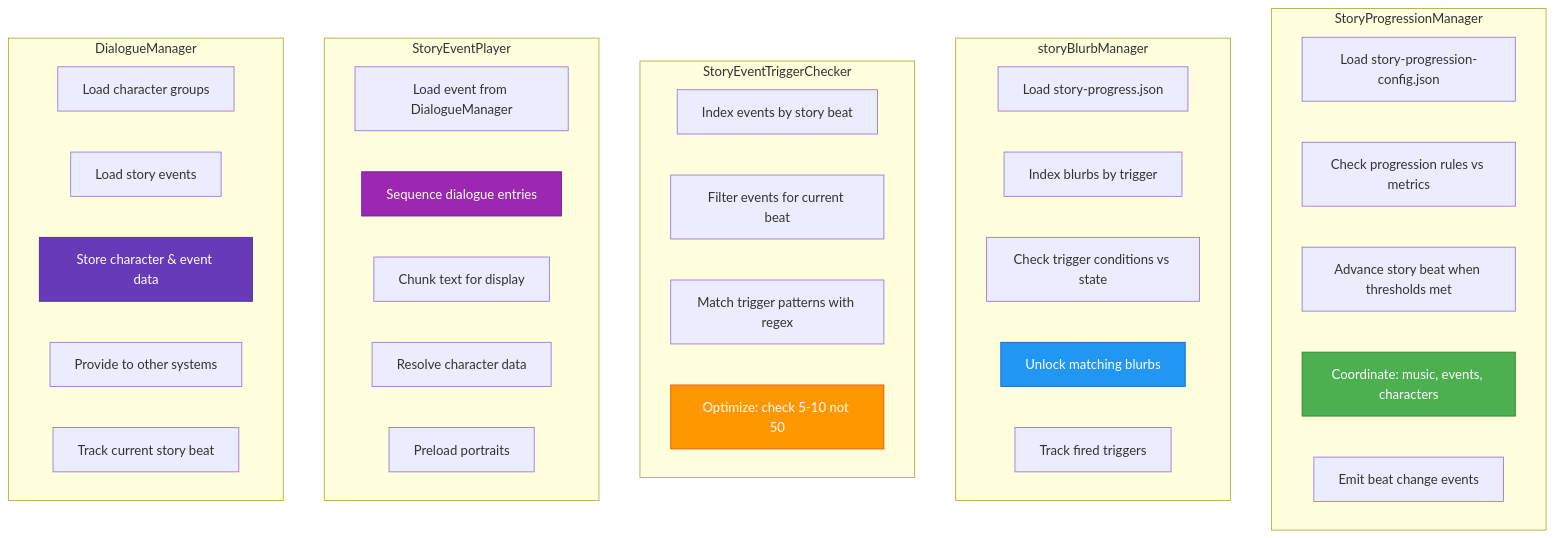
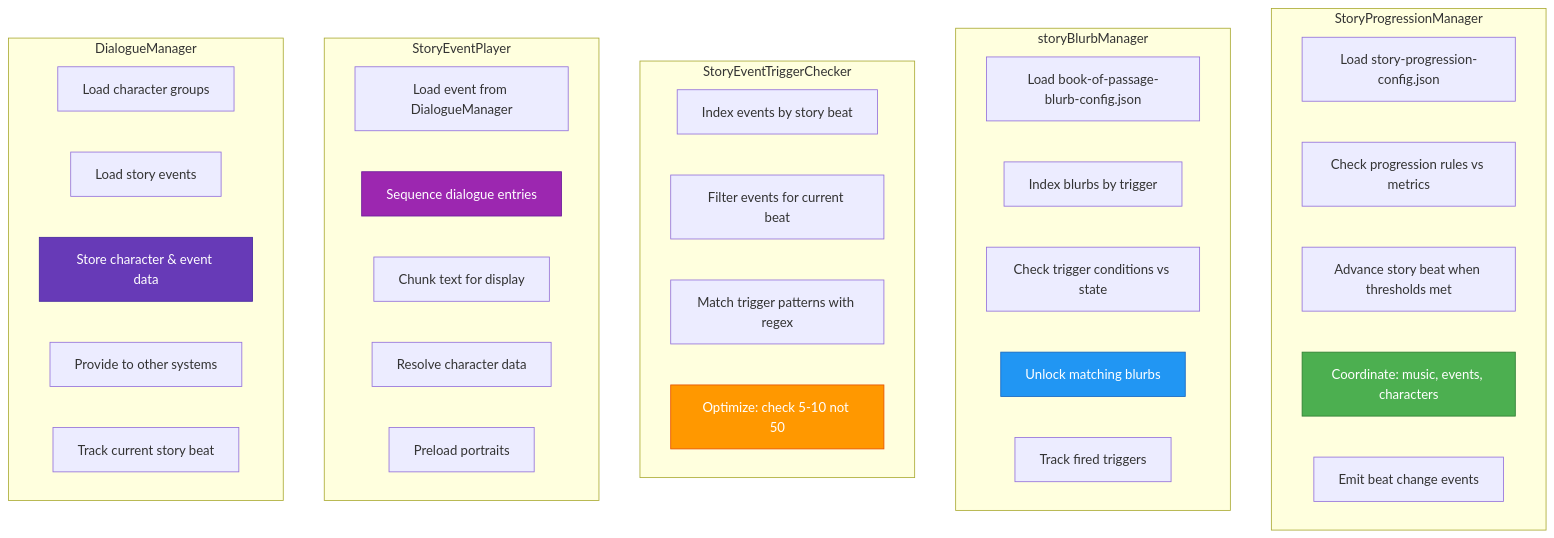
Diagram 15 of 15 in docs/diagrams/story-progression-system.md (SheDreamsWithAIs/Chronicles-of-the-kethaneum), drawn with Mermaid before and after one commit. The commit also changed other lines of this file and 2 other files, not shown here.

First line of the commit message:
Update remaining documentation references to new config structure

````diff
--- a/docs/diagrams/story-progression-system.md
+++ b/docs/diagrams/story-progression-system.md
@@ -886,47 +886,47 @@
 ```mermaid
 graph TB
     subgraph "StoryProgressionManager"
         SPM_Load[Load story-progression-config.json]
         SPM_Check[Check progression rules vs metrics]
         SPM_Advance[Advance story beat when thresholds met]
         SPM_Coord[Coordinate: music, events, characters]
         SPM_Emit[Emit beat change events]
     end
 
     subgraph "storyBlurbManager"
-        SBM_Load[Load story-progress.json]
+        SBM_Load[Load book-of-passage-blurb-config.json]
         SBM_Index[Index blurbs by trigger]
         SBM_Check[Check trigger conditions vs state]
         SBM_Unlock[Unlock matching blurbs]
         SBM_Track[Track fired triggers]
     end
 
     subgraph "StoryEventTriggerChecker"
         SETC_Index[Index events by story beat]
         SETC_Filter[Filter events for current beat]
         SETC_Match[Match trigger patterns with regex]
         SETC_Optimize[Optimize: check 5-10 not 50]
     end
 
     subgraph "StoryEventPlayer"
         SEP_Load[Load event from DialogueManager]
         SEP_Seq[Sequence dialogue entries]
         SEP_Chunk[Chunk text for display]
         SEP_Resolve[Resolve character data]
         SEP_Preload[Preload portraits]
     end
 
     subgraph "DialogueManager"
         DM_LoadChars[Load character groups]
         DM_LoadEvents[Load story events]
         DM_Store[Store character & event data]
         DM_Provide[Provide to other systems]
         DM_Beat[Track current story beat]
     end
 
     style SPM_Coord fill:#4CAF50,stroke:#2E7D32,color:#fff
     style SBM_Unlock fill:#2196F3,stroke:#1565C0,color:#fff
     style SETC_Optimize fill:#FF9800,stroke:#E65100,color:#fff
     style SEP_Seq fill:#9C27B0,stroke:#6A1B9A,color:#fff
     style DM_Store fill:#673AB7,stroke:#4527A0,color:#fff
 ```
````
